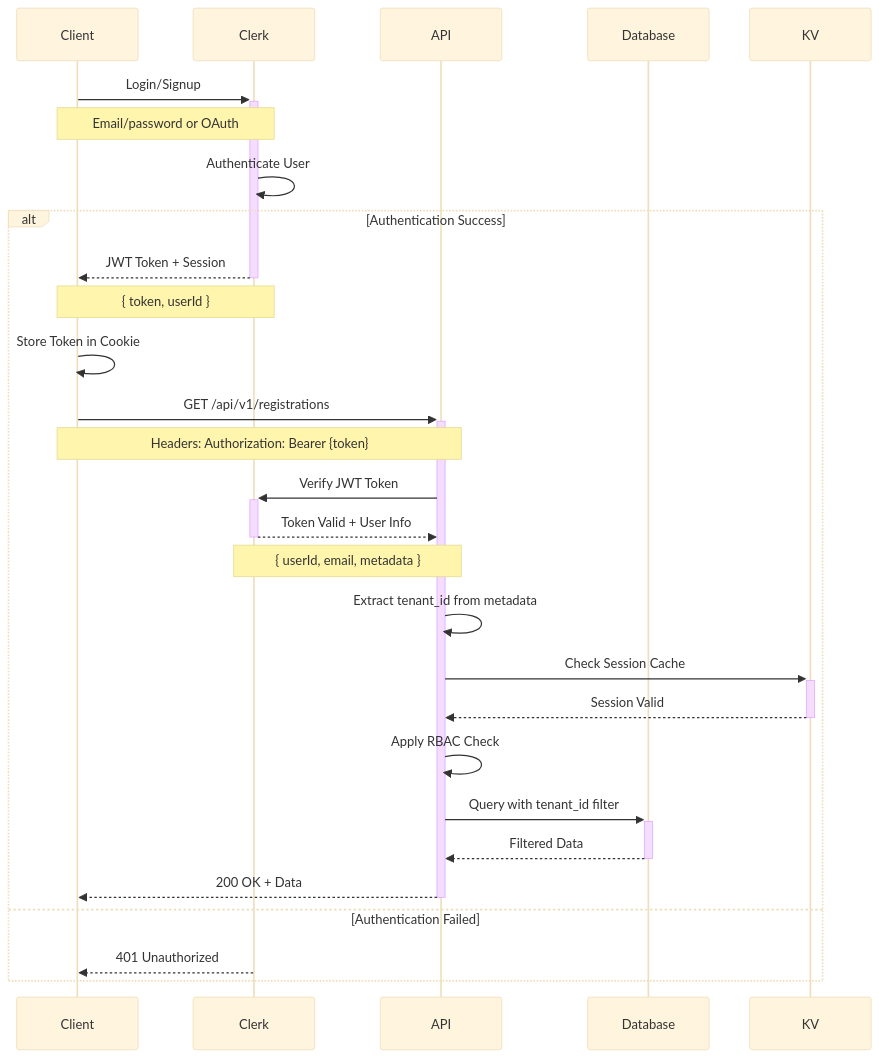
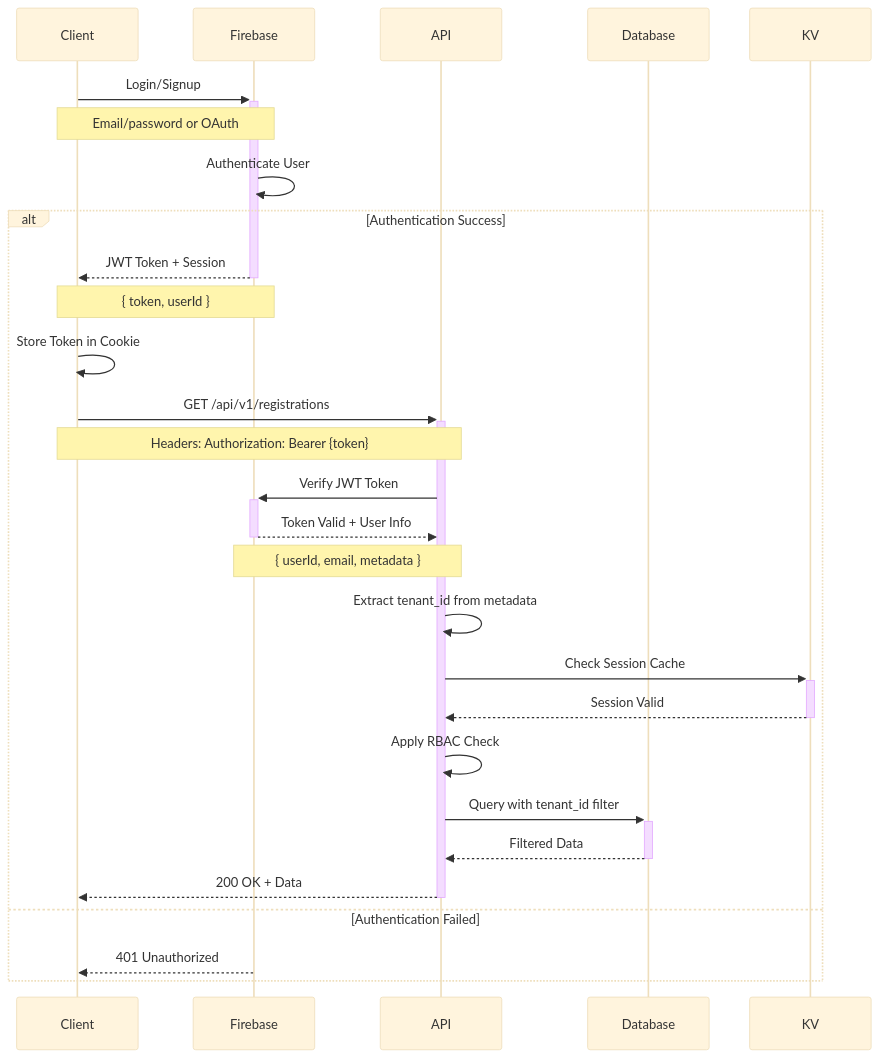
Before and after one commit to kodratIT/ppdb-saas: diagram 17 of 32 in docs/02. TDD-PPDB-SAAS.md, drawn with Mermaid (base theme). The commit also changed other lines of this file and 55 other files, not shown here.

````diff
--- a/docs/02. TDD-PPDB-SAAS.md
+++ b/docs/02. TDD-PPDB-SAAS.md
@@ -1084,39 +1039,39 @@
 ```mermaid
-sequenceDiagram
-    participant Client
-    participant Clerk
-    participant API
-    participant Database
-    participant KV
-    
-    Client->>+Clerk: Login/Signup
-    Note over Client,Clerk: Email/password or OAuth
-    
-    Clerk->>Clerk: Authenticate User
-    
-    alt Authentication Success
-        Clerk-->>-Client: JWT Token + Session
-        Note over Clerk,Client: { token, userId }
-        
-        Client->>Client: Store Token in Cookie
-        
-        Client->>+API: GET /api/v1/registrations
-        Note over Client,API: Headers: Authorization: Bearer {token}
-        
-        API->>+Clerk: Verify JWT Token
-        Clerk-->>-API: Token Valid + User Info
-        Note over Clerk,API: { userId, email, metadata }
-        
-        API->>API: Extract tenant_id from metadata
-        API->>+KV: Check Session Cache
-        KV-->>-API: Session Valid
-        
-        API->>API: Apply RBAC Check
-        API->>+Database: Query with tenant_id filter
-        Database-->>-API: Filtered Data
-        API-->>-Client: 200 OK + Data
-        
-    else Authentication Failed
-        Clerk-->>Client: 401 Unauthorized
-    end
+ sequenceDiagram
+     participant Client
+     participant Firebase
+     participant API
+     participant Database
+     participant KV
+     
+     Client->>+Firebase: Login/Signup
+     Note over Client,Firebase: Email/password or OAuth
+     
+     Firebase->>Firebase: Authenticate User
+     
+     alt Authentication Success
+         Firebase-->>-Client: JWT Token + Session
+         Note over Firebase,Client: { token, userId }
+         
+         Client->>Client: Store Token in Cookie
+         
+         Client->>+API: GET /api/v1/registrations
+         Note over Client,API: Headers: Authorization: Bearer {token}
+         
+         API->>+Firebase: Verify JWT Token
+         Firebase-->>-API: Token Valid + User Info
+         Note over Firebase,API: { userId, email, metadata }
+         
+         API->>API: Extract tenant_id from metadata
+         API->>+KV: Check Session Cache
+         KV-->>-API: Session Valid
+         
+         API->>API: Apply RBAC Check
+         API->>+Database: Query with tenant_id filter
+         Database-->>-API: Filtered Data
+         API-->>-Client: 200 OK + Data
+         
+     else Authentication Failed
+         Firebase-->>Client: 401 Unauthorized
+     end
 ```
````
